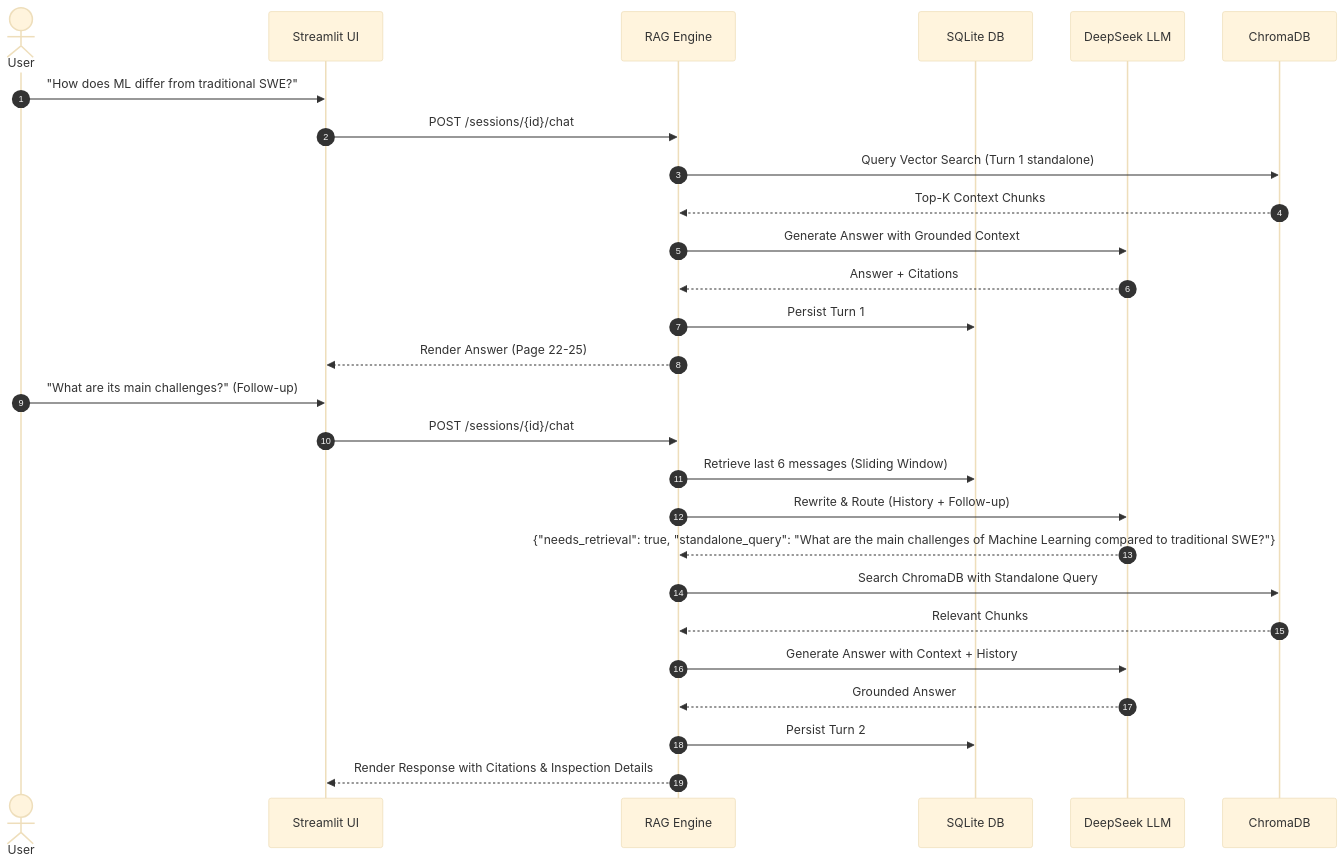
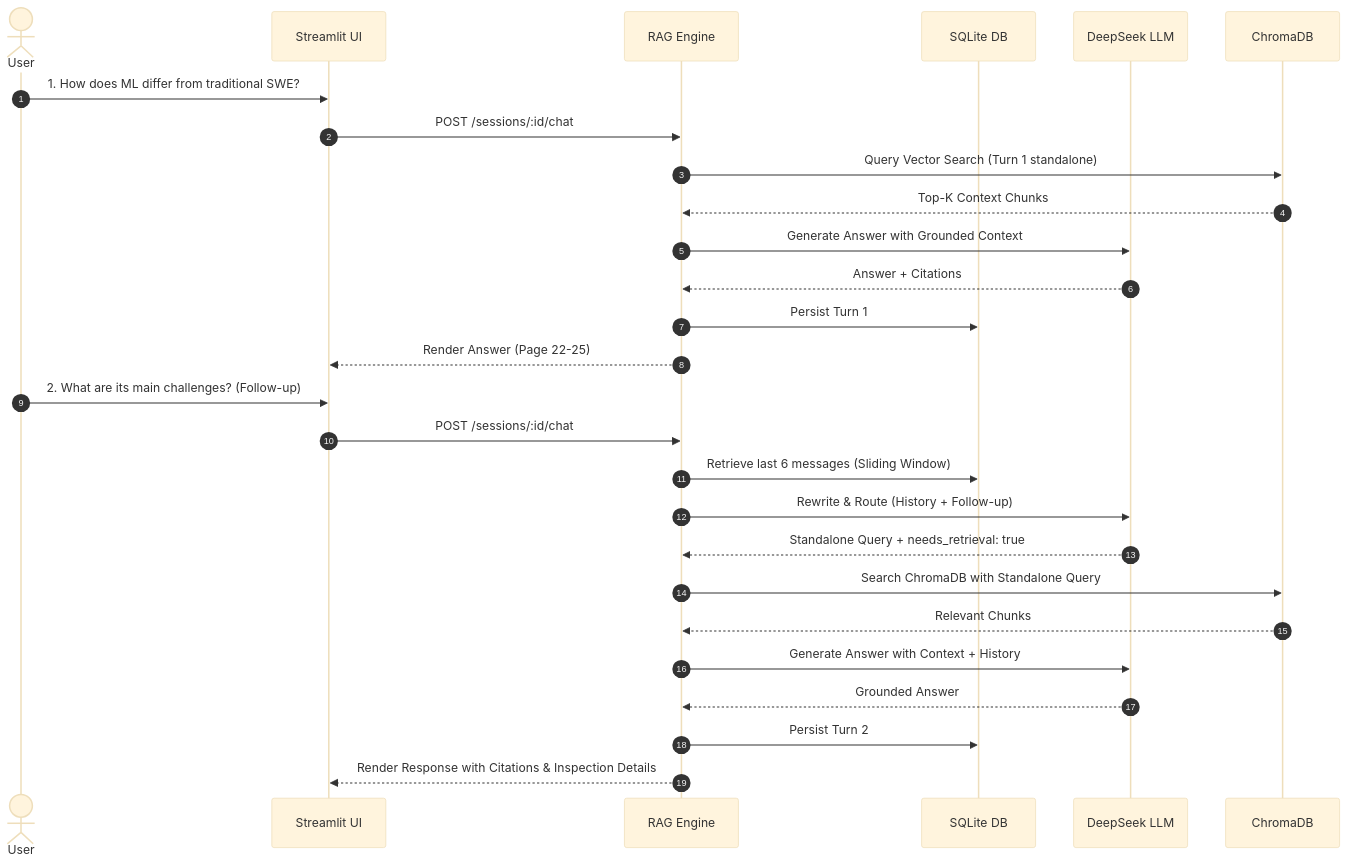
The diagram in README.md (quocdat22/Exocortex), drawn with Mermaid (base theme) before and after one commit. The commit also changed other lines of this file and 1 other file, not shown here.

Commit message:
docs: display rag-pipeline-architecture.svg in System Architecture

````diff
--- a/README.md
+++ b/README.md
@@ -127,31 +98,31 @@
 ```mermaid
 sequenceDiagram
     autonumber
-    actor User
+    actor User as User
     participant Streamlit as Streamlit UI
     participant Engine as RAG Engine
     participant SQLite as SQLite DB
     participant LLM as DeepSeek LLM
     participant VectorDB as ChromaDB
 
-    User->>Streamlit: "How does ML differ from traditional SWE?"
-    Streamlit->>Engine: POST /sessions/{id}/chat
+    User->>Streamlit: 1. How does ML differ from traditional SWE?
+    Streamlit->>Engine: POST /sessions/:id/chat
     Engine->>VectorDB: Query Vector Search (Turn 1 standalone)
     VectorDB-->>Engine: Top-K Context Chunks
     Engine->>LLM: Generate Answer with Grounded Context
     LLM-->>Engine: Answer + Citations
     Engine->>SQLite: Persist Turn 1
     Engine-->>Streamlit: Render Answer (Page 22-25)
 
-    User->>Streamlit: "What are its main challenges?" (Follow-up)
-    Streamlit->>Engine: POST /sessions/{id}/chat
+    User->>Streamlit: 2. What are its main challenges? (Follow-up)
+    Streamlit->>Engine: POST /sessions/:id/chat
     Engine->>SQLite: Retrieve last 6 messages (Sliding Window)
     Engine->>LLM: Rewrite & Route (History + Follow-up)
-    LLM-->>Engine: {"needs_retrieval": true, "standalone_query": "What are the main challenges of Machine Learning compared to traditional SWE?"}
+    LLM-->>Engine: Standalone Query + needs_retrieval: true
     Engine->>VectorDB: Search ChromaDB with Standalone Query
     VectorDB-->>Engine: Relevant Chunks
     Engine->>LLM: Generate Answer with Context + History
     LLM-->>Engine: Grounded Answer
     Engine->>SQLite: Persist Turn 2
     Engine-->>Streamlit: Render Response with Citations & Inspection Details
 ```
````
